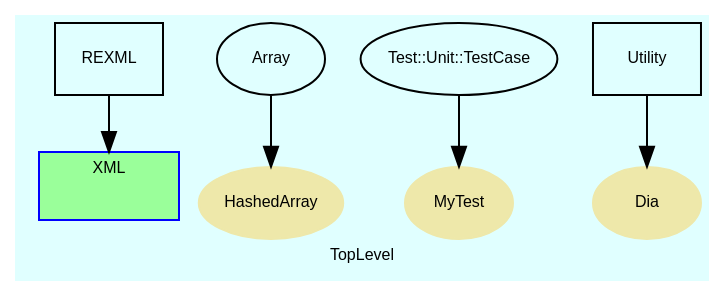
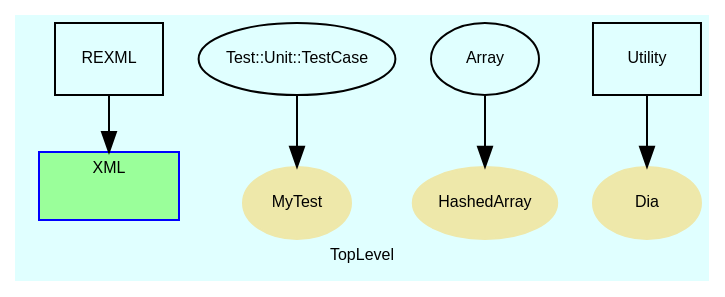
Before and after one commit to noda50/RubyItk: the diagram in doc/dot/f_1.dot, drawn with Graphviz. The commit also changed other lines of this file and 78 other files, not shown here.

```diff
--- a/doc/dot/f_1.dot
+++ b/doc/dot/f_1.dot
@@ -1,94 +1,94 @@
 digraph TopLevel {
+    fontsize = 8
+    compound = true
     label = "TopLevel"
     bgcolor = lightcyan1
-    fontsize = 8
-    compound = true
     fontname = Arial
     node [
         fontsize = 8,
         fontname = Arial,
         color = black
     ]
 
     subgraph cluster_XML {
+        fillcolor = palegreen1
         label = "XML"
         URL = "classes/XML.html"
-        fillcolor = palegreen1
+        fontname = Arial
         style = filled
-        fontname = Arial
         color = blue
         XML [
+            shape = plaintext,
             width = 0.75,
-            shape = plaintext,
             height = 0.01,
             label = ""
         ]
 
     }
 
     REXML [
+        shape = box,
         URL = "classes/REXML.html",
-        shape = box,
         label = "REXML"
     ]
 
     REXML -> XML [
         lhead = cluster_XML
     ]
 
+    MyTest [
+        fontcolor = black,
+        shape = ellipse,
+        URL = "classes/MyTest.html",
+        style = filled,
+        color = palegoldenrod,
+        label = "MyTest"
+    ]
+
     HashedArray [
         fontcolor = black,
+        shape = ellipse,
         URL = "classes/HashedArray.html",
         style = filled,
-        shape = ellipse,
         color = palegoldenrod,
         label = "HashedArray"
     ]
 
-    MyTest [
+    Dia [
         fontcolor = black,
-        URL = "classes/MyTest.html",
+        shape = ellipse,
+        URL = "classes/Dia.html",
         style = filled,
-        shape = ellipse,
         color = palegoldenrod,
-        label = "MyTest"
+        label = "Dia"
     ]
 
-    Dia [
-        fontcolor = black,
-        URL = "classes/Dia.html",
-        style = filled,
-        shape = ellipse,
-        color = palegoldenrod,
-        label = "Dia"
+    Test__Unit__TestCase [
+        URL = "classes/Test/Unit/TestCase.html",
+        label = "Test::Unit::TestCase"
+    ]
+
+    Test__Unit__TestCase -> MyTest [
+
     ]
 
     Array [
         URL = "classes/Array.html",
         label = "Array"
     ]
 
     Array -> HashedArray [
 
     ]
 
-    Test__Unit__TestCase [
-        URL = "classes/Test/Unit/TestCase.html",
-        label = "Test::Unit::TestCase"
-    ]
-
-    Test__Unit__TestCase -> MyTest [
-
-    ]
-
     Utility [
+        shape = box,
         URL = "classes/Utility.html",
-        shape = box,
         label = "Utility"
     ]
 
     Utility -> Dia [
 
     ]
 
 }
```
